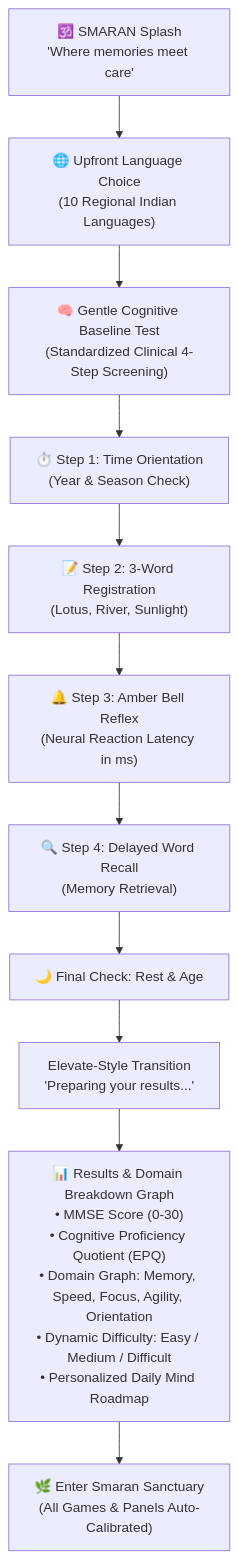
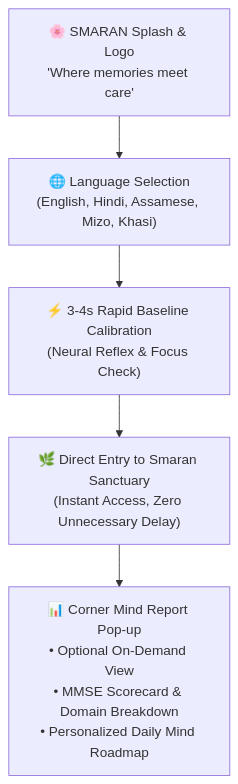
The diagram in README.md (oshikatiwari/smaran), drawn with Mermaid before and after one commit. The commit also changed 7 other files, not shown here.

Commit message:
Fix logo, remove theory text, add spoken game feedback, 5 NER languages, 3-4s rapid test and on-demand report

````diff
--- a/README.md
+++ b/README.md
@@ -31,13 +31,7 @@
 ```mermaid
 flowchart TD
-    A["🕉️ SMARAN Splash\n'Where memories meet care'"] --> B["🌐 Upfront Language Choice\n(10 Regional Indian Languages)"]
-    B --> C["🧠 Gentle Cognitive Baseline Test\n(Standardized Clinical 4-Step Screening)"]
-    C --> D["⏱️ Step 1: Time Orientation\n(Year & Season Check)"]
-    D --> E["📝 Step 2: 3-Word Registration\n(Lotus, River, Sunlight)"]
-    E --> F["🔔 Step 3: Amber Bell Reflex\n(Neural Reaction Latency in ms)"]
-    F --> G["🔍 Step 4: Delayed Word Recall\n(Memory Retrieval)"]
-    G --> H["🌙 Final Check: Rest & Age"]
-    H --> I["Elevate-Style Transition\n'Preparing your results...'"]
-    I --> J["📊 Results & Domain Breakdown Graph\n• MMSE Score (0-30)\n• Cognitive Proficiency Quotient (EPQ)\n• Domain Graph: Memory, Speed, Focus, Agility, Orientation\n• Dynamic Difficulty: Easy / Medium / Difficult\n• Personalized Daily Mind Roadmap"]
-    J --> K["🌿 Enter Smaran Sanctuary\n(All Games & Panels Auto-Calibrated)"]
+    A["🌸 SMARAN Splash & Logo\n'Where memories meet care'"] --> B["🌐 Language Selection\n(English, Hindi, Assamese, Mizo, Khasi)"]
+    B --> C["⚡ 3-4s Rapid Baseline Calibration\n(Neural Reflex & Focus Check)"]
+    C --> D["🌿 Direct Entry to Smaran Sanctuary\n(Instant Access, Zero Unnecessary Delay)"]
+    D --> E["📊 Corner Mind Report Pop-up\n• Optional On-Demand View\n• MMSE Scorecard & Domain Breakdown\n• Personalized Daily Mind Roadmap"]
 ```
````
